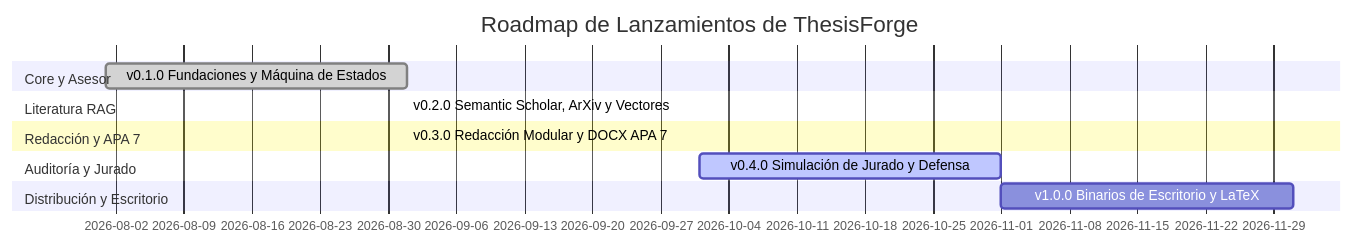
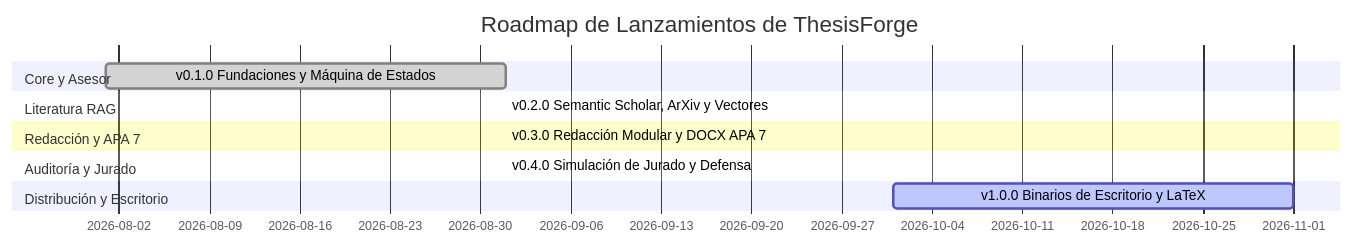
One commit to oscarbol09/thesisforge changed the diagram in ROADMAP.md. Above: the diagram before and after it, drawn with Mermaid. The commit also changed other lines of this file and 5 other files, not shown here.

First line of the commit message:
docs(release): bump version to v0.4.0 and document Sprint 4 architecture

````diff
--- a/ROADMAP.md
+++ b/ROADMAP.md
@@ -15,15 +15,15 @@
 ```mermaid
 gantt
     title Roadmap de Lanzamientos de ThesisForge
     dateFormat  YYYY-MM
     section Core y Asesor
     v0.1.0 Fundaciones y Máquina de Estados       :done,    des1, 2026-08, 2026-09
     section Literatura RAG
     v0.2.0 Semantic Scholar, ArXiv y Vectores    :done,    des2, 2026-09, 2026-09
     section Redacción y APA 7
     v0.3.0 Redacción Modular y DOCX APA 7        :done,    des3, 2026-09, 2026-09
     section Auditoría y Jurado
-    v0.4.0 Simulación de Jurado y Defensa        :active,  des4, 2026-10, 2026-11
+    v0.4.0 Simulación de Jurado y Defensa        :done,    des4, 2026-09, 2026-09
     section Distribución y Escritorio
-    v1.0.0 Binarios de Escritorio y LaTeX        :         des5, 2026-11, 2026-12
+    v1.0.0 Binarios de Escritorio y LaTeX        :active,  des5, 2026-10, 2026-11
 ```
````
